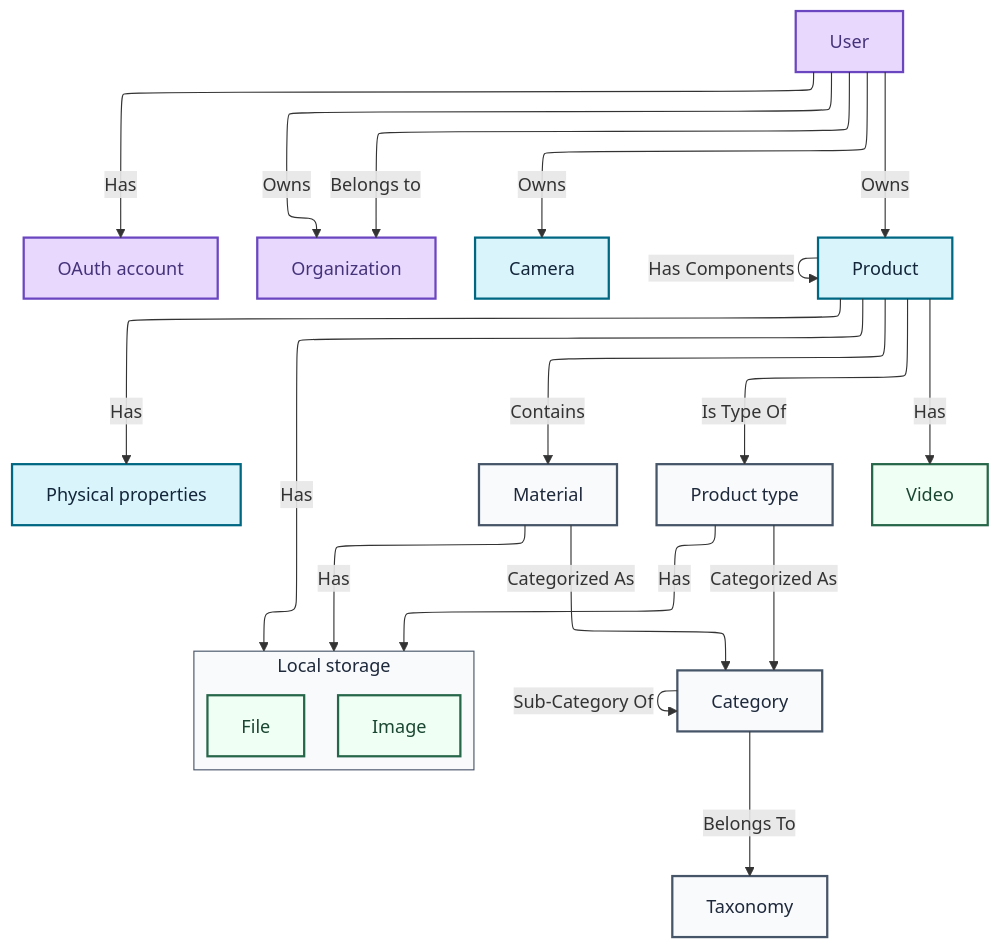
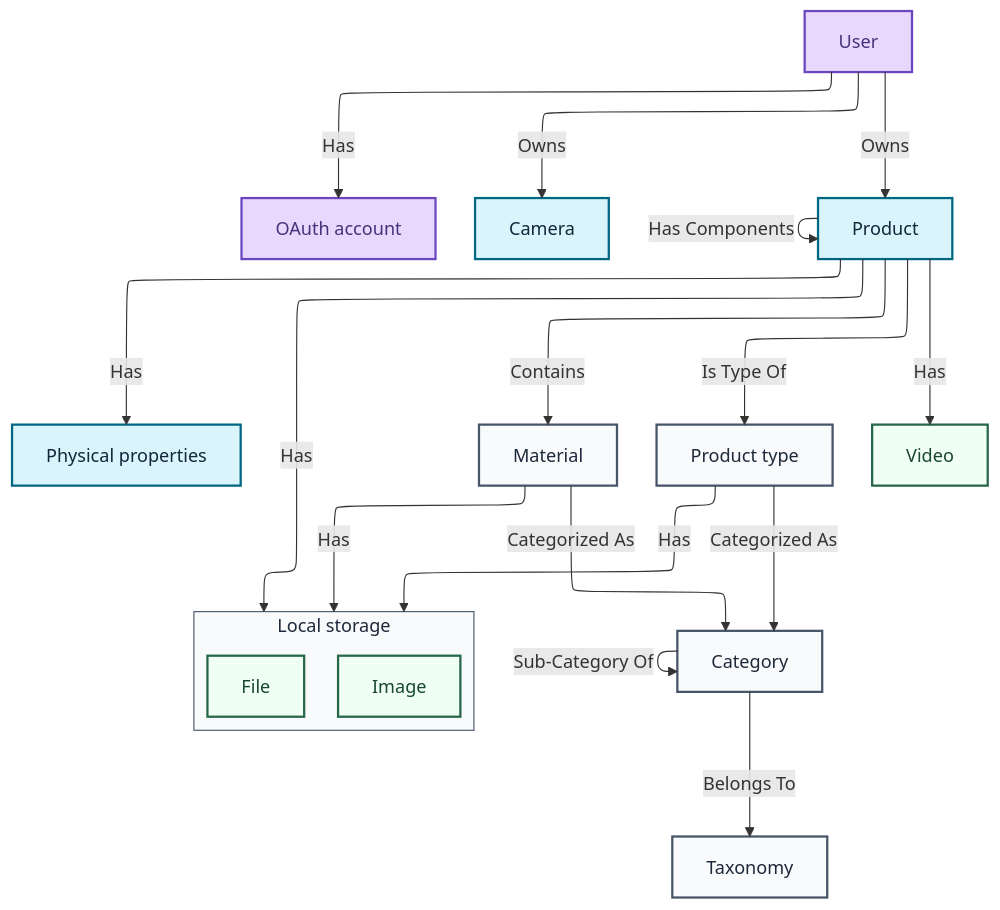
One commit to CMLPlatform/relab changed the first of 5 diagrams in docs/src/content/docs/architecture/datamodel.mdx. Above: the diagram before and after it, drawn with Mermaid. The commit also changed other lines of this file and 5 other files, not shown here.

Commit message:
docs(architecture): remove organization API references

````diff
--- a/docs/src/content/docs/architecture/datamodel.mdx
+++ b/docs/src/content/docs/architecture/datamodel.mdx
@@ -6,60 +6,56 @@
 ```mermaid
 ---
 config:
     layout: elk
 ---
 graph TD
 
         User["User"]
         OAuthAccount["OAuth account"]
-        Organization["Organization"]
 
         Camera["Camera"]
         Product["Product"]
         PhysicalProperties["Physical properties"]
 
         Taxonomy["Taxonomy"]
         Material["Material"]
         Category["Category"]
         ProductType["Product type"]
 
         subgraph LocalStorage["Local storage"]
             File["File"]
             Image["Image"]
         end
         Video["Video"]
 
     User -->|Has| OAuthAccount
-    User -->|Belongs to| Organization
-    User -->|Owns| Organization
-
     User -->|Owns| Camera
 
     User -->|Owns| Product
     Product -->|Has Components| Product
     Product -->|Contains| Material
     Product -->|Is Type Of| ProductType
     Product -->|Has| PhysicalProperties
     ProductType -->|Categorized As| Category
     Material -->|Categorized As| Category
     Category -->|Sub-Category Of| Category
     Category -->|Belongs To| Taxonomy
     Product -->|Has| LocalStorage
     Product -->|Has| Video
     Material -->|Has| LocalStorage
     ProductType -->|Has| LocalStorage
 
     style LocalStorage fill:#f8fafc,stroke:#475569,stroke-width:1px,color:#1e293b;
 
     classDef UserManagementFill fill:#e9d8fd,stroke:#6b46c1,stroke-width:2px,color:#44337a;
-    class User,OAuthAccount,Organization UserManagementFill;
+    class User,OAuthAccount UserManagementFill;
 
     classDef DataCollectionFill fill:#d9f4fb,stroke:#006783,stroke-width:2px,color:#13263a;
     class Product,PhysicalProperties,Camera DataCollectionFill;
 
     classDef ReferenceDataFill fill:#f8fafc,stroke:#475569,stroke-width:2px,color:#1e293b;
     class Taxonomy,Material,Category,ProductType ReferenceDataFill;
 
     classDef MediaFill fill:#f0fff4,stroke:#276749,stroke-width:2px,color:#1a4731;
     class File,Image,Video MediaFill;
 ```
````
